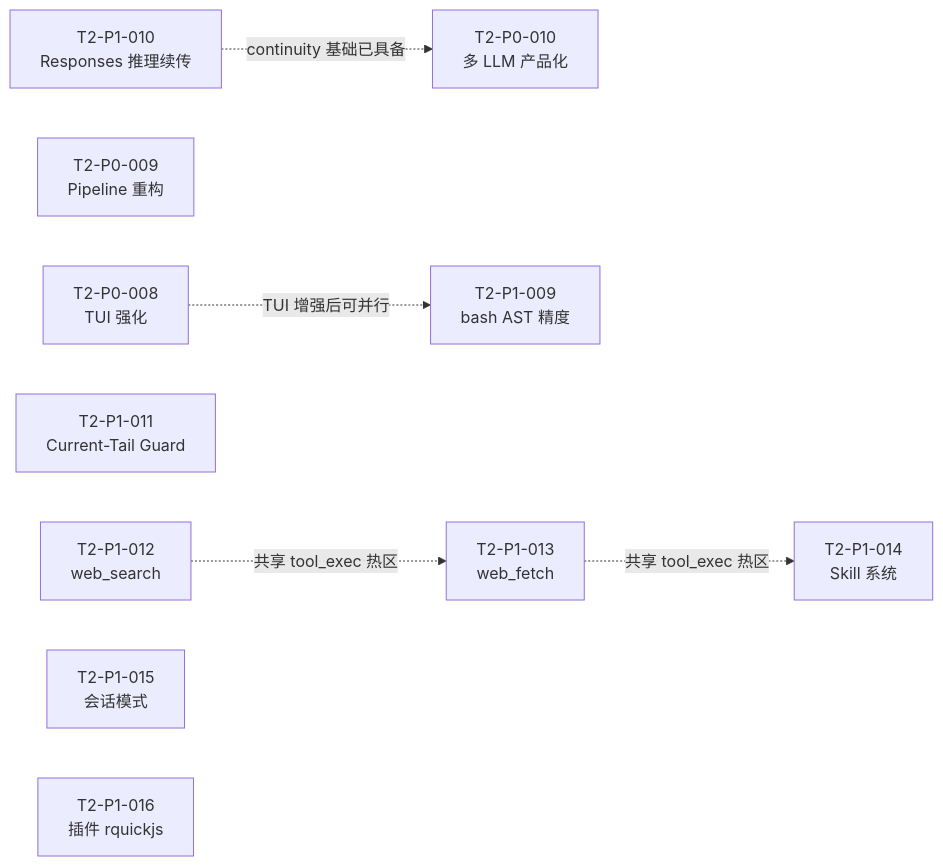
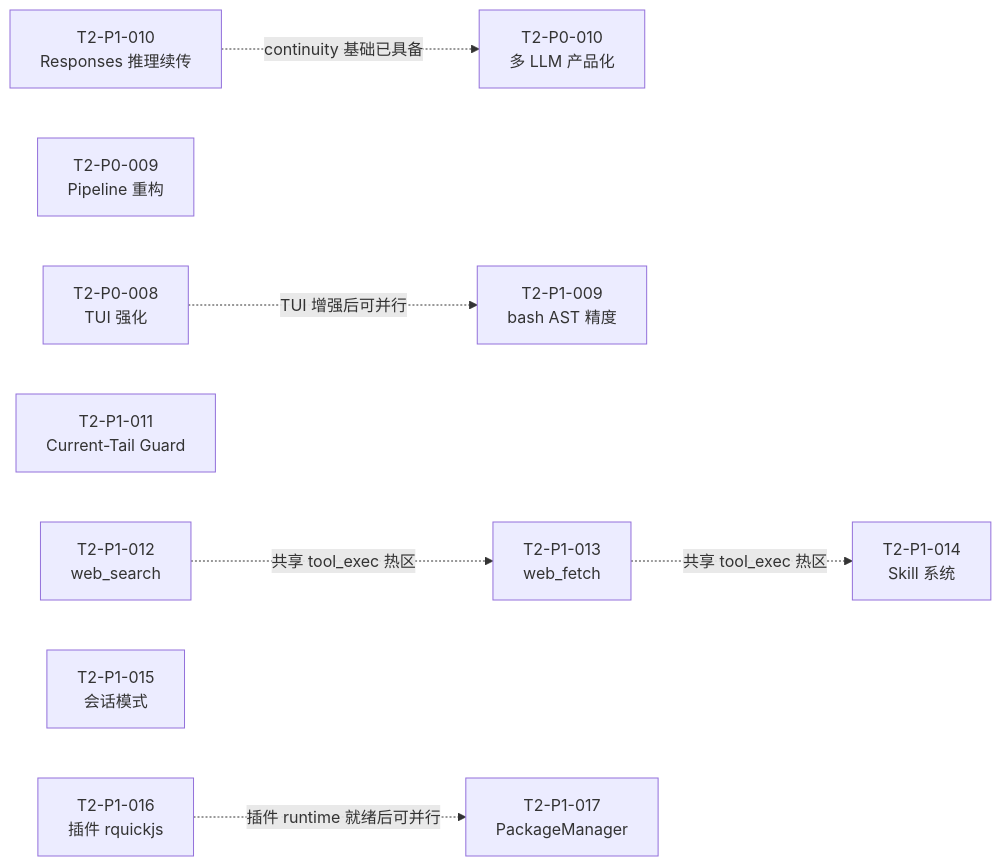
Before and after one commit to teisun/tomcat-agent: the diagram in tomcat/docs/agents/TASK_BOARD_002/README.md, drawn with Mermaid. The commit also changed other lines of this file and 2 other files, not shown here.

Commit message:
docs(architecture): 新增 PackageManager 技术方案并登记 T2-P1-017
统一三层可见范围的包安装设计以 package-manager.md 为 SSoT，并在 TASK_BOARD_002 开放对应任务卡。

````diff
--- a/tomcat/docs/agents/TASK_BOARD_002/README.md
+++ b/tomcat/docs/agents/TASK_BOARD_002/README.md
@@ -53,26 +54,29 @@
 ```mermaid
 flowchart LR
     P008[T2-P0-008<br/>TUI 强化]
     P009[T2-P0-009<br/>Pipeline 重构]
     P010[T2-P0-010<br/>多 LLM 产品化]
     P109[T2-P1-009<br/>bash AST 精度]
     P110[T2-P1-010<br/>Responses 推理续传]
     P111[T2-P1-011<br/>Current-Tail Guard]
     P112[T2-P1-012<br/>web_search]
     P113[T2-P1-013<br/>web_fetch]
     P114[T2-P1-014<br/>Skill 系统]
     P115[T2-P1-015<br/>会话模式]
     P116[T2-P1-016<br/>插件 rquickjs]
+    P117[T2-P1-017<br/>PackageManager]
     P008 -.->|TUI 增强后可并行| P109
     P112 -.->|共享 tool_exec 热区| P113
     P113 -.->|共享 tool_exec 热区| P114
     P110 -.->|continuity 基础已具备| P010
     P009
     P110
     P111
     P112
     P113
     P114
     P115
     P116
+    P117
+    P116 -.->|插件 runtime 就绪后可并行| P117
 ```
````
